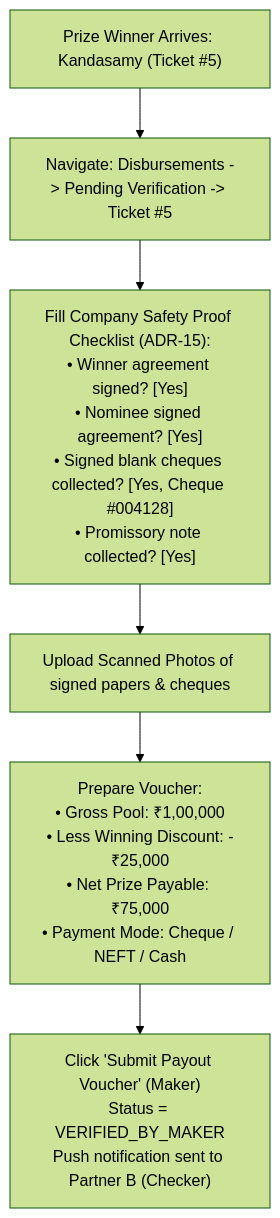
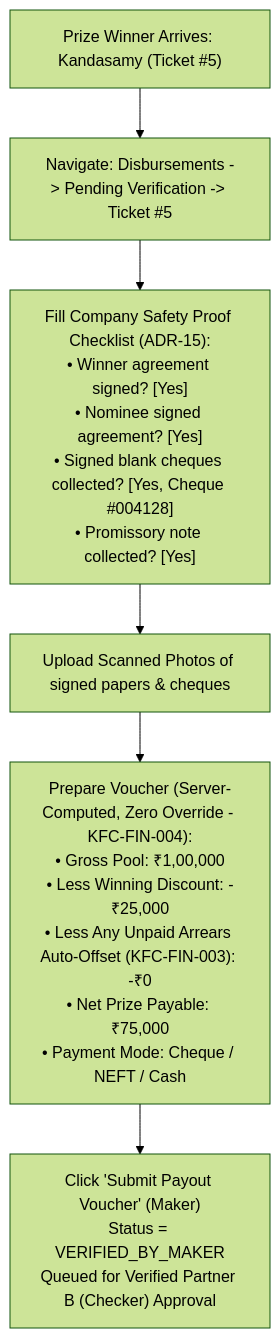
Before and after one commit to Kathir-24/Kumaran-finance: the seventh of 11 diagrams in docs/07-operations/user-manuals/accountant-desk-manual.md, drawn with Mermaid (forest theme). The commit also changed other lines of this file and 4 other files, not shown here.

````diff
--- a/docs/07-operations/user-manuals/accountant-desk-manual.md
+++ b/docs/07-operations/user-manuals/accountant-desk-manual.md
@@ -195,8 +194,8 @@
 ```mermaid
 flowchart TD
     Winner["Prize Winner Arrives: Kandasamy (Ticket #5)"] --> Nav["Navigate: Disbursements -> Pending Verification -> Ticket #5"]
     Nav --> Checklist["Fill Company Safety Proof Checklist (ADR-15):\n• Winner agreement signed? [Yes]\n• Nominee signed agreement? [Yes]\n• Signed blank cheques collected? [Yes, Cheque #004128]\n• Promissory note collected? [Yes]"]
     Checklist --> Upload["Upload Scanned Photos of signed papers & cheques"]
-    Upload --> Prepare["Prepare Voucher:\n• Gross Pool: ₹1,00,000\n• Less Winning Discount: -₹25,000\n• Net Prize Payable: ₹75,000\n• Payment Mode: Cheque / NEFT / Cash"]
-    Prepare --> Submit["Click 'Submit Payout Voucher' (Maker)\nStatus = VERIFIED_BY_MAKER\nPush notification sent to Partner B (Checker)"]
+    Upload --> Prepare["Prepare Voucher (Server-Computed, Zero Override - KFC-FIN-004):\n• Gross Pool: ₹1,00,000\n• Less Winning Discount: -₹25,000\n• Less Any Unpaid Arrears Auto-Offset (KFC-FIN-003): -₹0\n• Net Prize Payable: ₹75,000\n• Payment Mode: Cheque / NEFT / Cash"]
+    Prepare --> Submit["Click 'Submit Payout Voucher' (Maker)\nStatus = VERIFIED_BY_MAKER\nQueued for Verified Partner B (Checker) Approval"]
 ```
````
